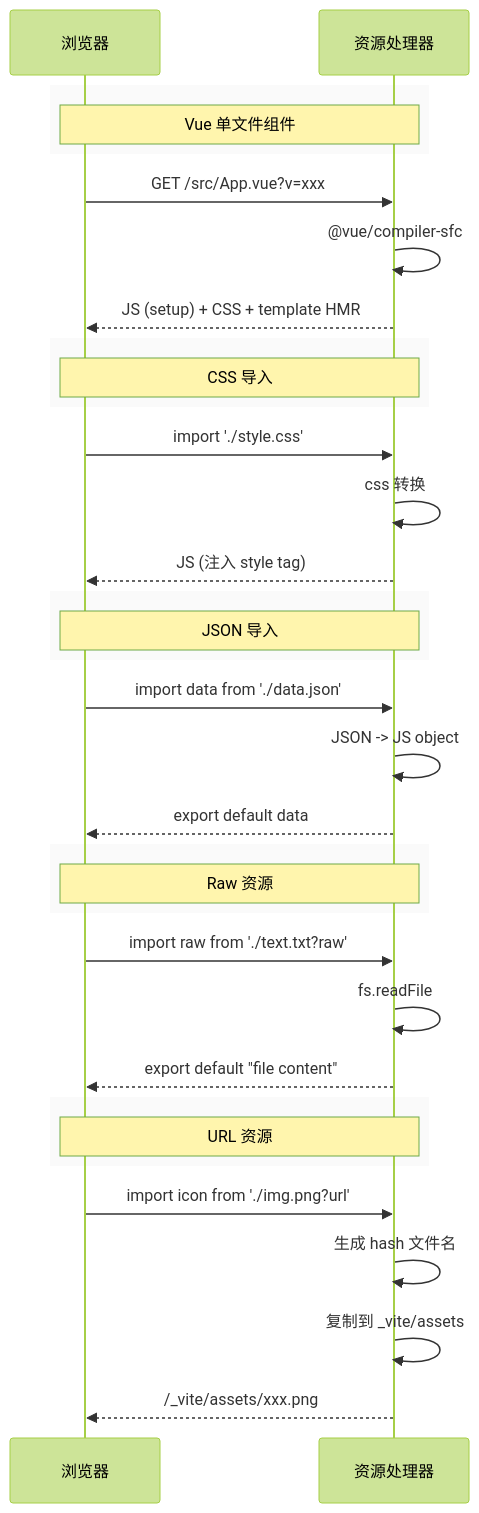
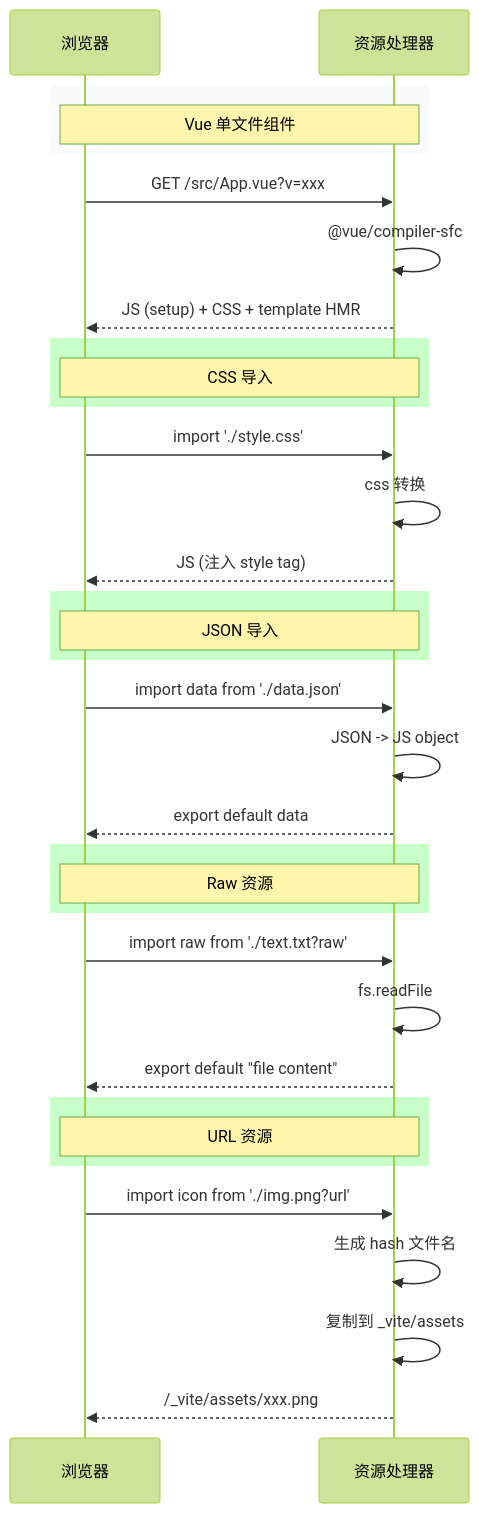
Before and after one commit to bydyz/AllFrontend: diagram 13 of 14 in DependenciesLearn/Vite/ViteKnowledge/vite-dev-server-sequence.md, drawn with Mermaid (forest theme). The commit also changed other lines of this file and 31 other files, not shown here.

````diff
--- a/DependenciesLearn/Vite/ViteKnowledge/vite-dev-server-sequence.md
+++ b/DependenciesLearn/Vite/ViteKnowledge/vite-dev-server-sequence.md
@@ -687,56 +678,56 @@
 ```mermaid
- sequenceDiagram
+sequenceDiagram
     participant Browser as 浏览器
     participant Handler as 资源处理器
-    
+
     rect rgb(250, 250, 250)
         Note over Browser,Handler: Vue 单文件组件
     end
-    
+
     Browser->>Handler: GET /src/App.vue?v=xxx
-    
+
     Handler->>Handler: @vue/compiler-sfc
-    
+
     Handler-->>Browser: JS (setup) + CSS + template HMR
-    
 
-    rect rgb(250, 250, 250)
+
+    rect rgb(200, 255, 200)
         Note over Browser,Handler: CSS 导入
     end
-    
+
     Browser->>Handler: import './style.css'
-    
+
     Handler->>Handler: css 转换
     Handler-->>Browser: JS (注入 style tag)
-    
 
-    rect rgb(250, 250, 250)
+
+    rect rgb(200, 255, 200)
         Note over Browser,Handler: JSON 导入
     end
-    
+
     Browser->>Handler: import data from './data.json'
-    
+
     Handler->>Handler: JSON -> JS object
     Handler-->>Browser: export default data
-    
 
-    rect rgb(250, 250, 250)
+
+    rect rgb(200, 255, 200)
         Note over Browser,Handler: Raw 资源
     end
-    
+
     Browser->>Handler: import raw from './text.txt?raw'
-    
+
     Handler->>Handler: fs.readFile
     Handler-->>Browser: export default "file content"
-    
 
-    rect rgb(250, 250, 250)
+
+    rect rgb(200, 255, 200)
         Note over Browser,Handler: URL 资源
     end
-    
+
     Browser->>Handler: import icon from './img.png?url'
-    
+
     Handler->>Handler: 生成 hash 文件名
     Handler->>Handler: 复制到 _vite/assets
     Handler-->>Browser: /_vite/assets/xxx.png
 ```
````
